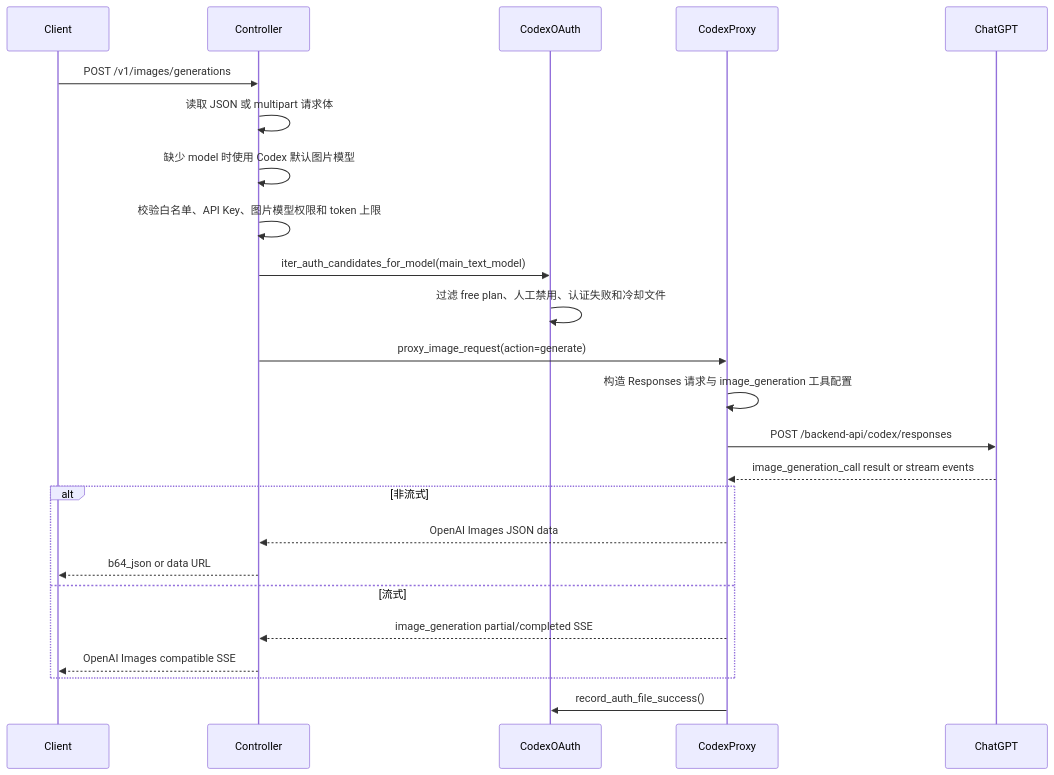
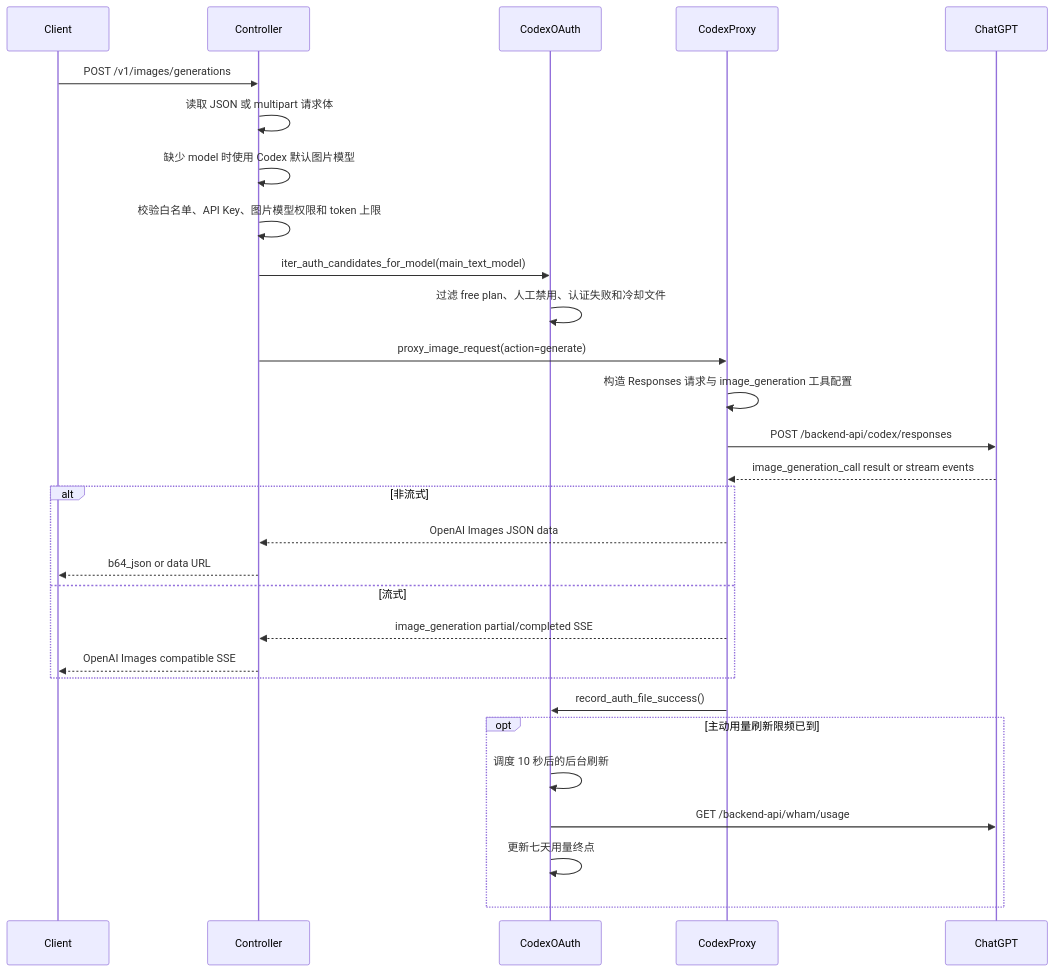
The third of 5 diagrams in docs/architecture-4plus1.md (VonSdite/LLM_Proxy), drawn with Mermaid before and after one commit. The commit also changed other lines of this file and 5 other files, not shown here.

````diff
--- a/docs/architecture-4plus1.md
+++ b/docs/architecture-4plus1.md
@@ -1228,27 +1234,32 @@
 ```mermaid
 sequenceDiagram
     participant Client
     participant Controller
     participant CodexOAuth
     participant CodexProxy
     participant ChatGPT
 
     Client->>Controller: POST /v1/images/generations
     Controller->>Controller: 读取 JSON 或 multipart 请求体
     Controller->>Controller: 缺少 model 时使用 Codex 默认图片模型
     Controller->>Controller: 校验白名单、API Key、图片模型权限和 token 上限
     Controller->>CodexOAuth: iter_auth_candidates_for_model(main_text_model)
     CodexOAuth->>CodexOAuth: 过滤 free plan、人工禁用、认证失败和冷却文件
     Controller->>CodexProxy: proxy_image_request(action=generate)
     CodexProxy->>CodexProxy: 构造 Responses 请求与 image_generation 工具配置
     CodexProxy->>ChatGPT: POST /backend-api/codex/responses
     ChatGPT-->>CodexProxy: image_generation_call result or stream events
     alt 非流式
         CodexProxy-->>Controller: OpenAI Images JSON data
         Controller-->>Client: b64_json or data URL
     else 流式
         CodexProxy-->>Controller: image_generation partial/completed SSE
         Controller-->>Client: OpenAI Images compatible SSE
     end
     CodexProxy->>CodexOAuth: record_auth_file_success()
+    opt 主动用量刷新限频已到
+        CodexOAuth->>CodexOAuth: 调度 10 秒后的后台刷新
+        CodexOAuth->>ChatGPT: GET /backend-api/wham/usage
+        CodexOAuth->>CodexOAuth: 更新七天用量终点
+    end
 ```
````
